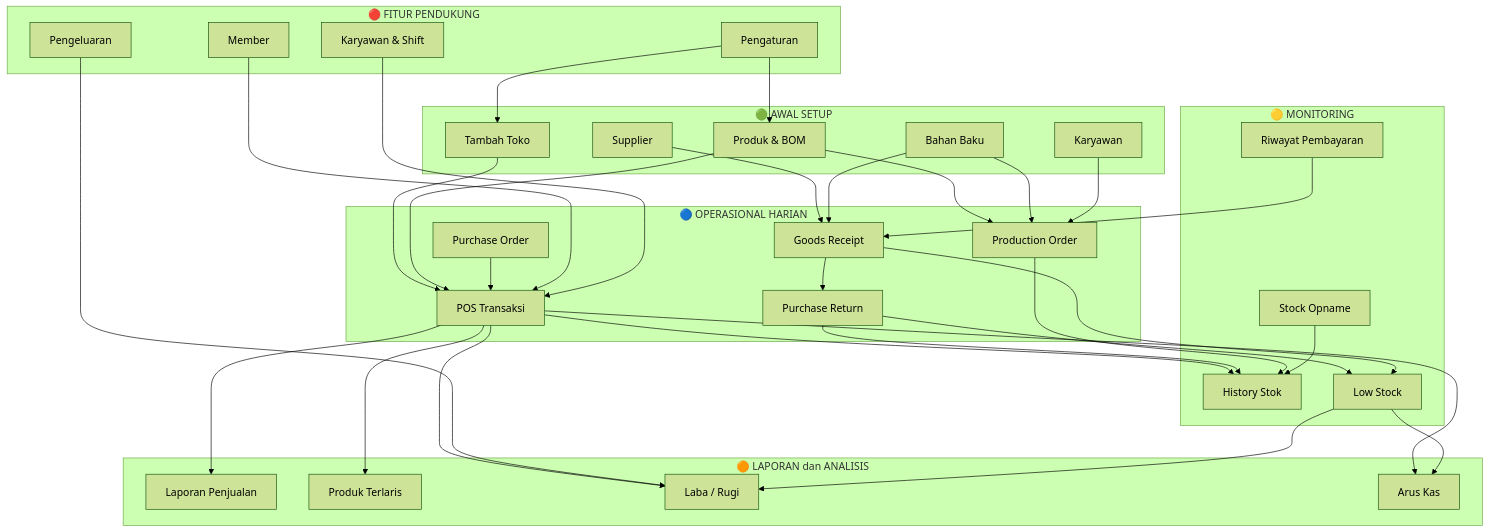
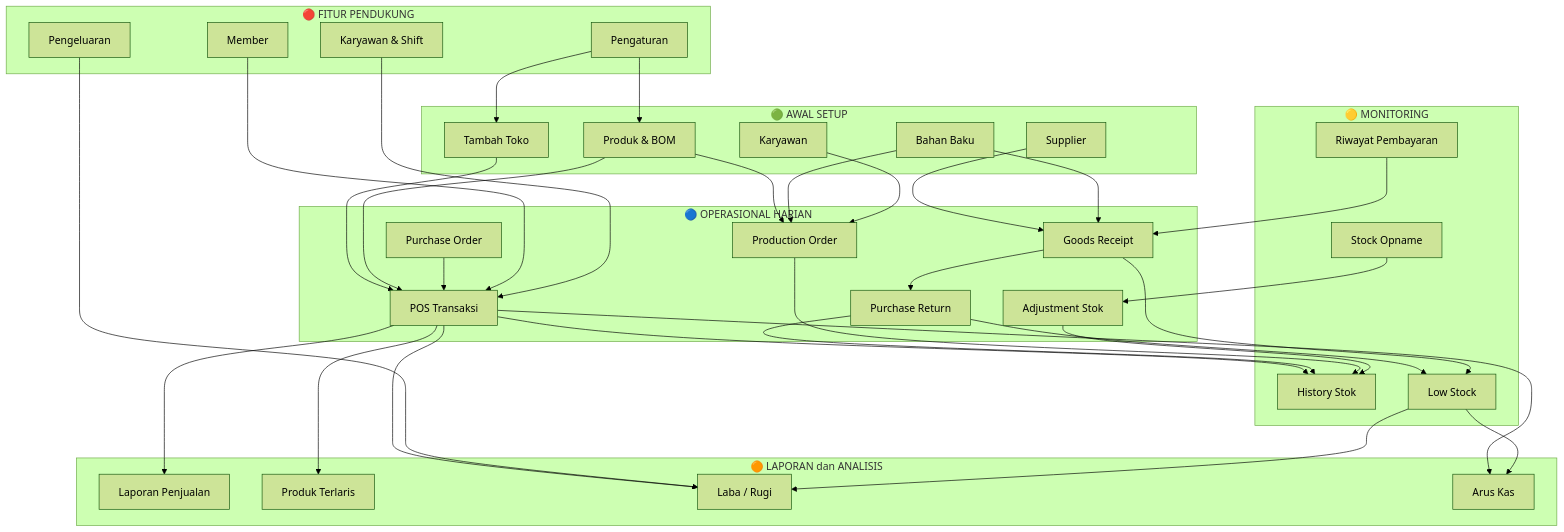
The sixth of 46 diagrams in PANDUAN-SUPER-ADMIN.md (teddferdy/FE-POS-App), drawn with Mermaid (forest theme) before and after one commit. The commit also changed other lines of this file and 23 other files, not shown here.

````diff
--- a/PANDUAN-SUPER-ADMIN.md
+++ b/PANDUAN-SUPER-ADMIN.md
@@ -361,71 +362,73 @@
 ```mermaid
 flowchart TB
     subgraph AWAL["🟢 AWAL SETUP"]
         A1["Tambah Toko"]
         A2["Produk & BOM"]
         A3["Supplier"]
         A4["Bahan Baku"]
         A5["Karyawan"]
     end
 
     subgraph OPERASIONAL["🔵 OPERASIONAL HARIAN"]
         B1["POS Transaksi"]
         B2["Purchase Order"]
         B3["Goods Receipt"]
         B4["Purchase Return"]
         B5["Production Order"]
+        B6["Adjustment Stok"]
     end
 
     subgraph MONITOR["🟡 MONITORING"]
         C1["Stock Opname"]
         C2["Riwayat Pembayaran"]
         C3["History Stok"]
         C4["Low Stock"]
     end
 
     subgraph LAPORAN["🟠 LAPORAN dan ANALISIS"]
         D1["Laporan Penjualan"]
         D2["Produk Terlaris"]
         D3["Laba / Rugi"]
         D4["Arus Kas"]
     end
 
     subgraph LAIN["🔴 FITUR PENDUKUNG"]
         E1["Member"]
         E2["Karyawan & Shift"]
         E3["Pengeluaran"]
         E4["Pengaturan"]
     end
 
     A1 --> B1
     A2 --> B1
     A2 --> B5
     A3 --> B3
     A4 --> B3
     A4 --> B5
     A5 --> B5
 
     B1 --> C3
     B3 --> B4
     B4 --> C3
     B5 --> C3
     B2 --> B1
 
     B4 --> C4
     B3 --> C4
     C2 --> B3
-    C1 --> C3
+    C1 --> B6
+    B6 --> C3
 
     B1 --> D1
     B1 --> D2
     B1 --> D3
     B1 --> D4
     E3 --> D3
     C4 --> D3
     C4 --> D4
 
     E1 --> B1
     E2 --> B1
     E4 --> A1
     E4 --> A2
 ```
````
